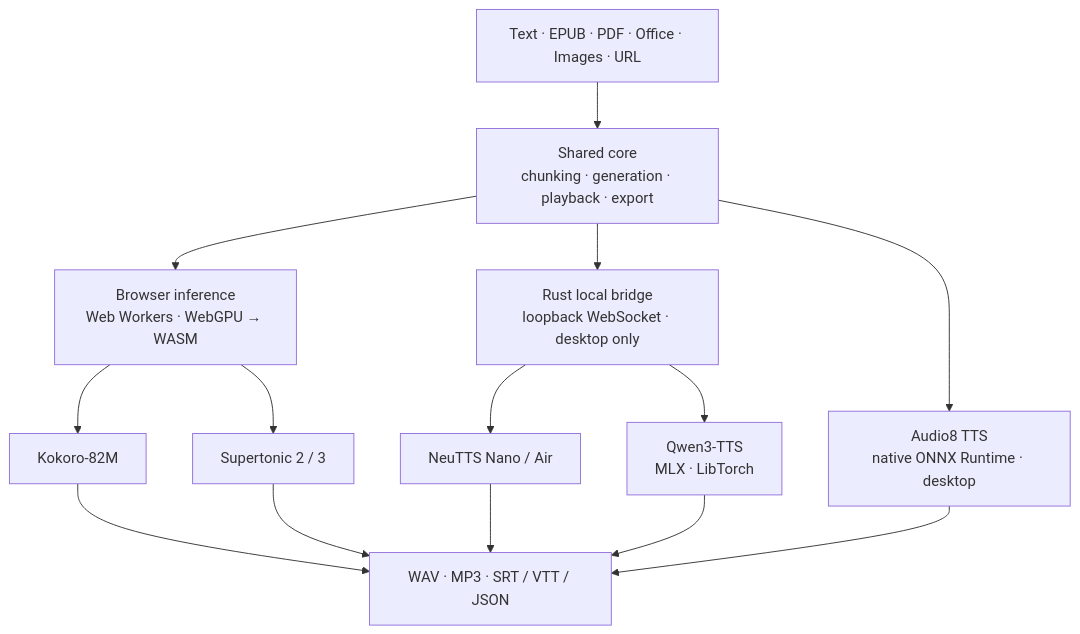
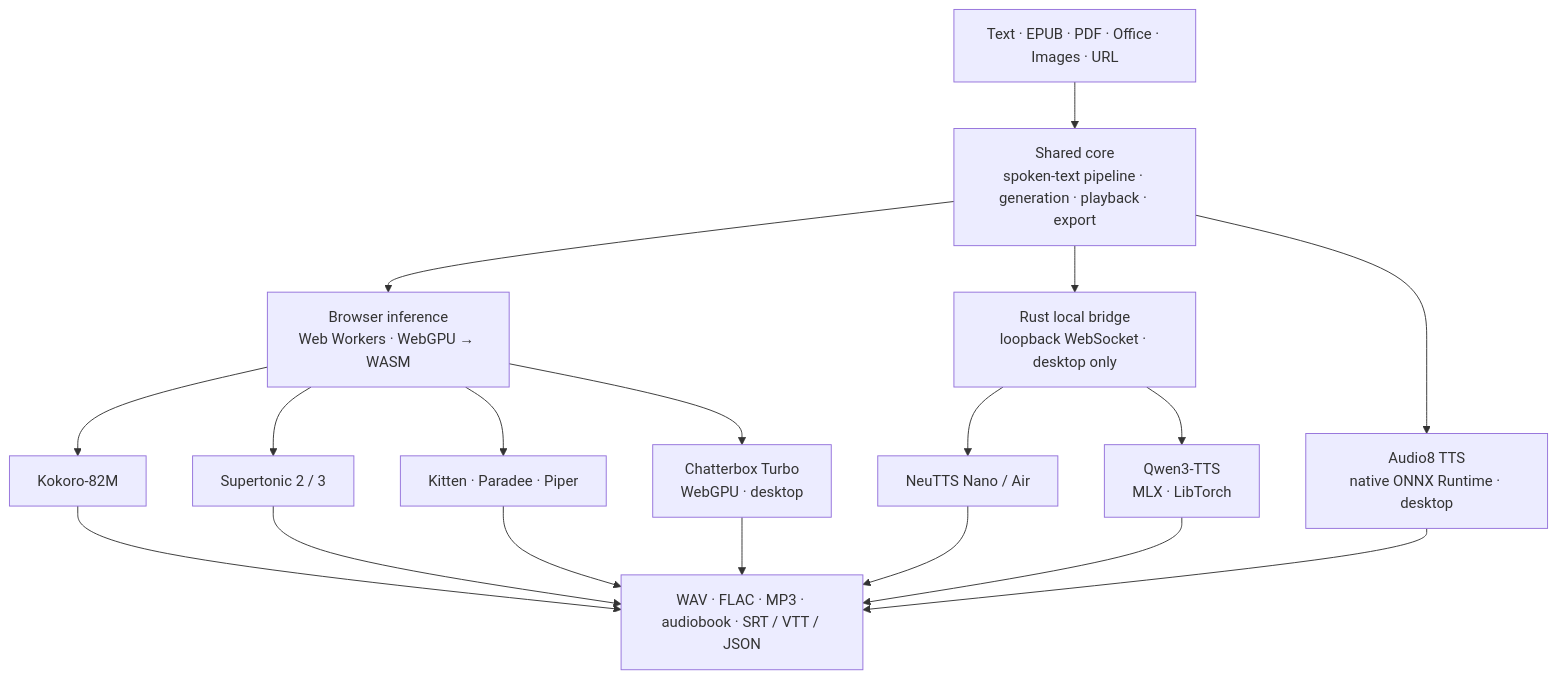
Before and after one commit to cyanxxy/Local-TTS-studio: the diagram in README.md, drawn with Mermaid. The commit also changed other lines of this file and 667 other files, not shown here.

````diff
--- a/README.md
+++ b/README.md
@@ -36,27 +36,33 @@
 ```mermaid
 flowchart TD
     IN["Text · EPUB · PDF · Office · Images · URL"]
-    CORE["Shared core<br/>chunking · generation · playback · export"]
+    CORE["Shared core<br/>spoken-text pipeline · generation · playback · export"]
     WEB["Browser inference<br/>Web Workers · WebGPU → WASM"]
     BRIDGE["Rust local bridge<br/>loopback WebSocket · desktop only"]
     K["Kokoro-82M"]
     S["Supertonic 2 / 3"]
+    P["Kitten · Paradee · Piper"]
+    C["Chatterbox Turbo<br/>WebGPU · desktop"]
     N["NeuTTS Nano / Air"]
     Q["Qwen3-TTS<br/>MLX · LibTorch"]
     A["Audio8 TTS<br/>native ONNX Runtime · desktop"]
-    OUT["WAV · MP3 · SRT / VTT / JSON"]
+    OUT["WAV · FLAC · MP3 · audiobook · SRT / VTT / JSON"]
 
     IN --> CORE
     CORE --> WEB
     CORE --> BRIDGE
     WEB --> K
     WEB --> S
+    WEB --> P
+    WEB --> C
     CORE --> A
     BRIDGE --> N
     BRIDGE --> Q
     K --> OUT
     S --> OUT
+    P --> OUT
+    C --> OUT
     N --> OUT
     Q --> OUT
     A --> OUT
 ```
````
